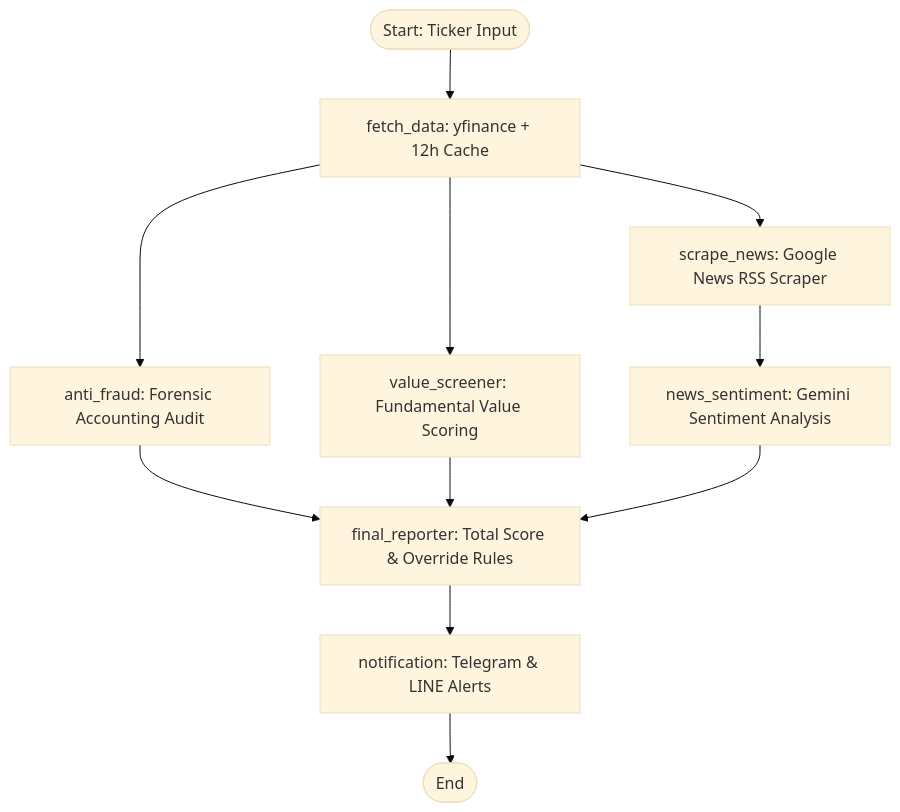
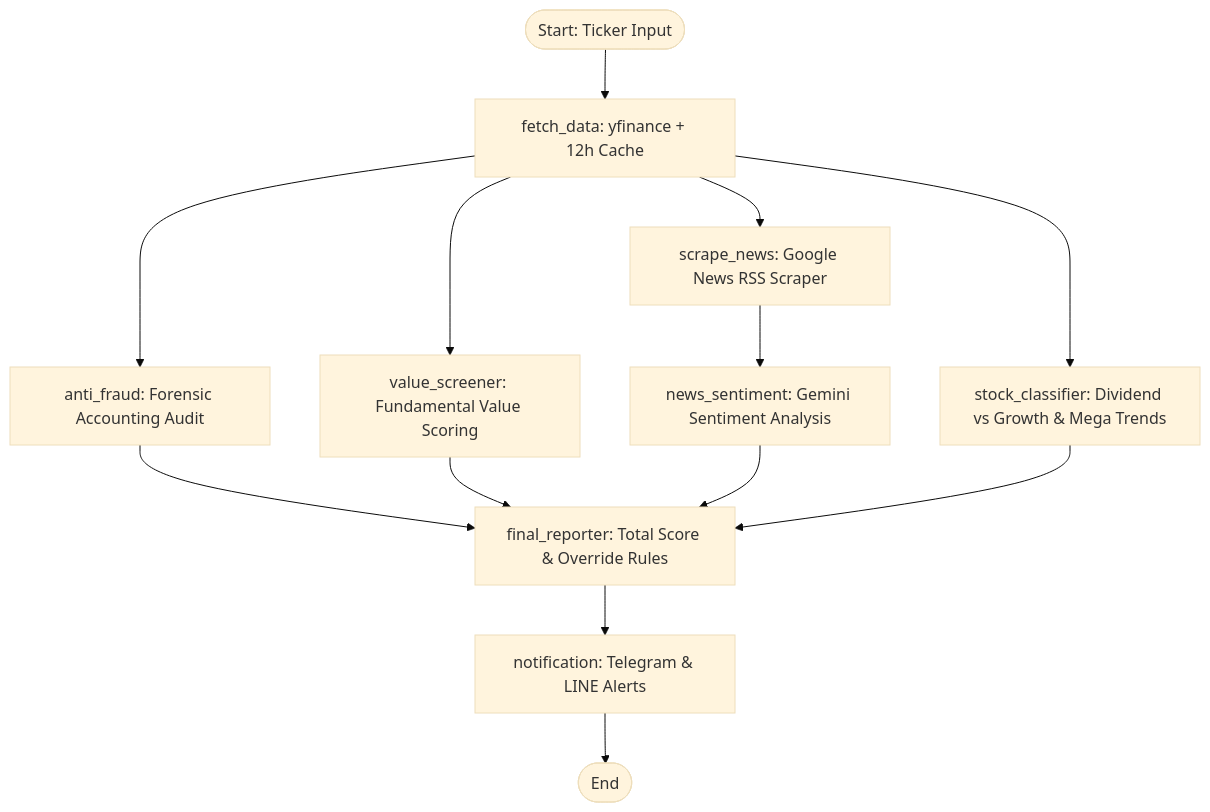
The diagram in README.md (nontster/set-100-screener), drawn with Mermaid (base theme) before and after one commit. The commit also changed other lines of this file and 22 other files, not shown here.

Commit message:
feat: add Dividend vs Growth Stock Classification with World Mega Trend intelligence

````diff
--- a/README.md
+++ b/README.md
@@ -23,13 +29,15 @@
 ```mermaid
 graph TD
     Start([Start: Ticker Input]) --> Fetch[fetch_data: yfinance + 12h Cache]
     Fetch --> BranchA[anti_fraud: Forensic Accounting Audit]
     Fetch --> BranchB[value_screener: Fundamental Value Scoring]
     Fetch --> BranchC1[scrape_news: Google News RSS Scraper]
+    Fetch --> BranchD[stock_classifier: Dividend vs Growth & Mega Trends]
     BranchC1 --> BranchC2[news_sentiment: Gemini Sentiment Analysis]
     BranchA --> FanIn[final_reporter: Total Score & Override Rules]
     BranchB --> FanIn
     BranchC2 --> FanIn
+    BranchD --> FanIn
     FanIn --> Notify[notification: Telegram & LINE Alerts]
     Notify --> End([End])
 ```
````
